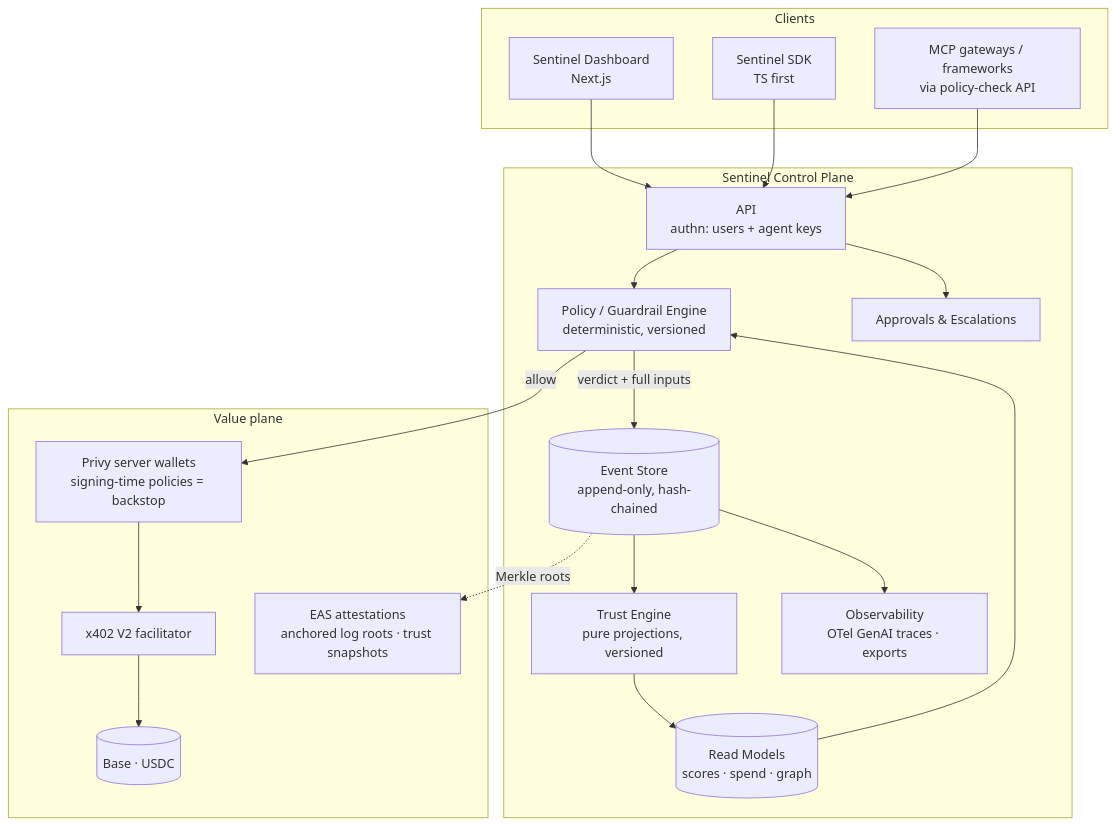
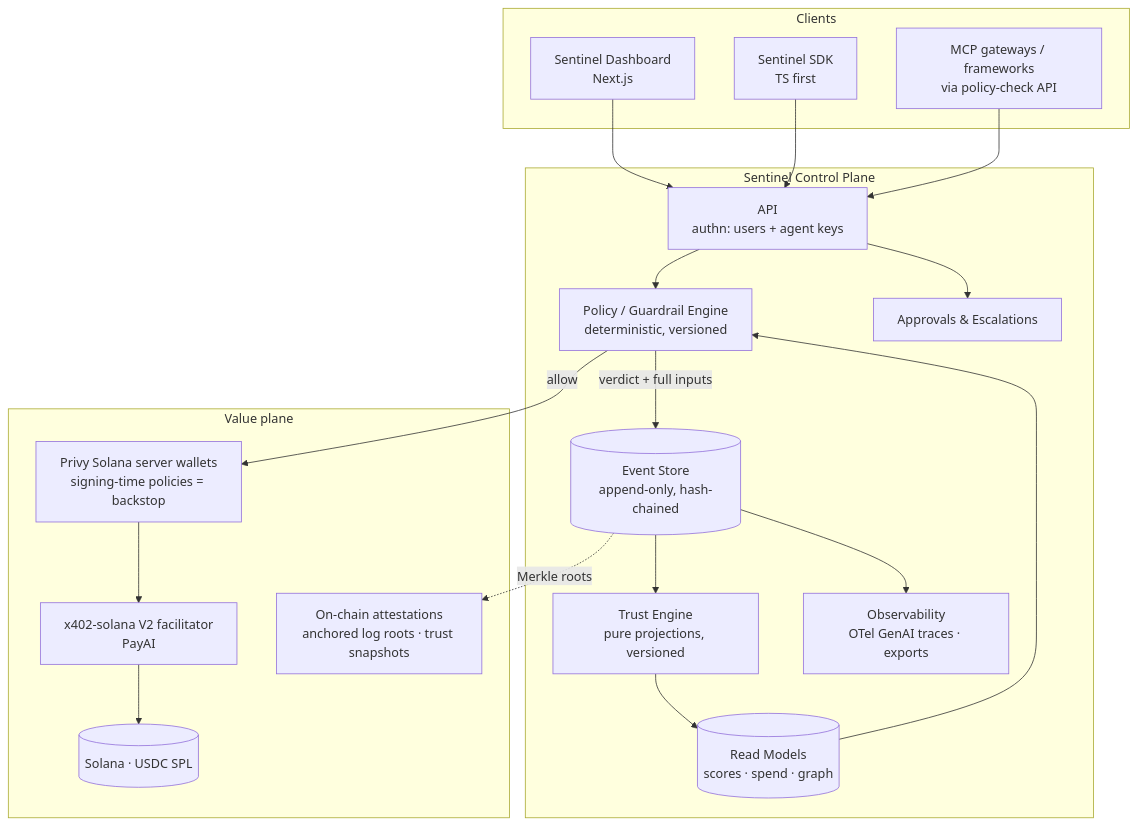
Before and after one commit to Cephei18/Sentinel: the first of 2 diagrams in docs/ARCHITECTURE.md, drawn with Mermaid. The commit also changed other lines of this file and 65 other files, not shown here.

````diff
--- a/docs/ARCHITECTURE.md
+++ b/docs/ARCHITECTURE.md
@@ -115,38 +138,38 @@
 ```mermaid
 flowchart TB
   subgraph Clients
     D[Sentinel Dashboard<br/>Next.js]
     SDK[Sentinel SDK<br/>TS first]
     MCPG[MCP gateways / frameworks<br/>via policy-check API]
   end
 
   subgraph ControlPlane [Sentinel Control Plane]
     API[API<br/>authn: users + agent keys]
     PE[Policy / Guardrail Engine<br/>deterministic, versioned]
     TE[Trust Engine<br/>pure projections, versioned]
     ES[(Event Store<br/>append-only, hash-chained)]
     RM[(Read Models<br/>scores · spend · graph)]
     AP[Approvals & Escalations]
     OBS[Observability<br/>OTel GenAI traces · exports]
   end
 
   subgraph ValuePlane [Value plane]
-    PW[Privy server wallets<br/>signing-time policies = backstop]
-    X4[x402 V2 facilitator]
-    BASE[(Base · USDC)]
-    EAS[EAS attestations<br/>anchored log roots · trust snapshots]
+    PW[Privy Solana server wallets<br/>signing-time policies = backstop]
+    X4[x402-solana V2 facilitator<br/>PayAI]
+    SOL[(Solana · USDC SPL)]
+    ATT[On-chain attestations<br/>anchored log roots · trust snapshots]
   end
 
   D --> API
   SDK --> API
   MCPG --> API
   API --> PE
   PE -->|verdict + full inputs| ES
   PE -->|allow| PW
-  PW --> X4 --> BASE
+  PW --> X4 --> SOL
   ES --> TE --> RM
   RM --> PE
   API --> AP
   ES --> OBS
-  ES -.Merkle roots.-> EAS
+  ES -.Merkle roots.-> ATT
 ```
````
